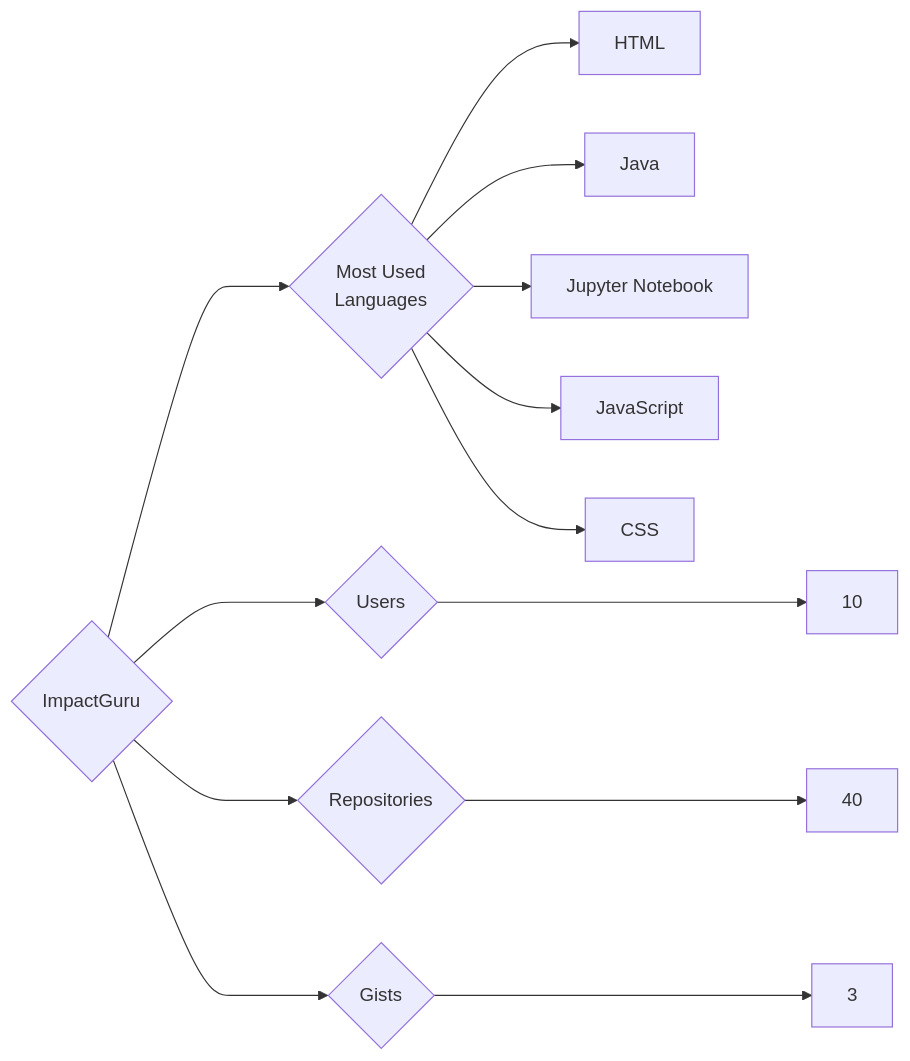
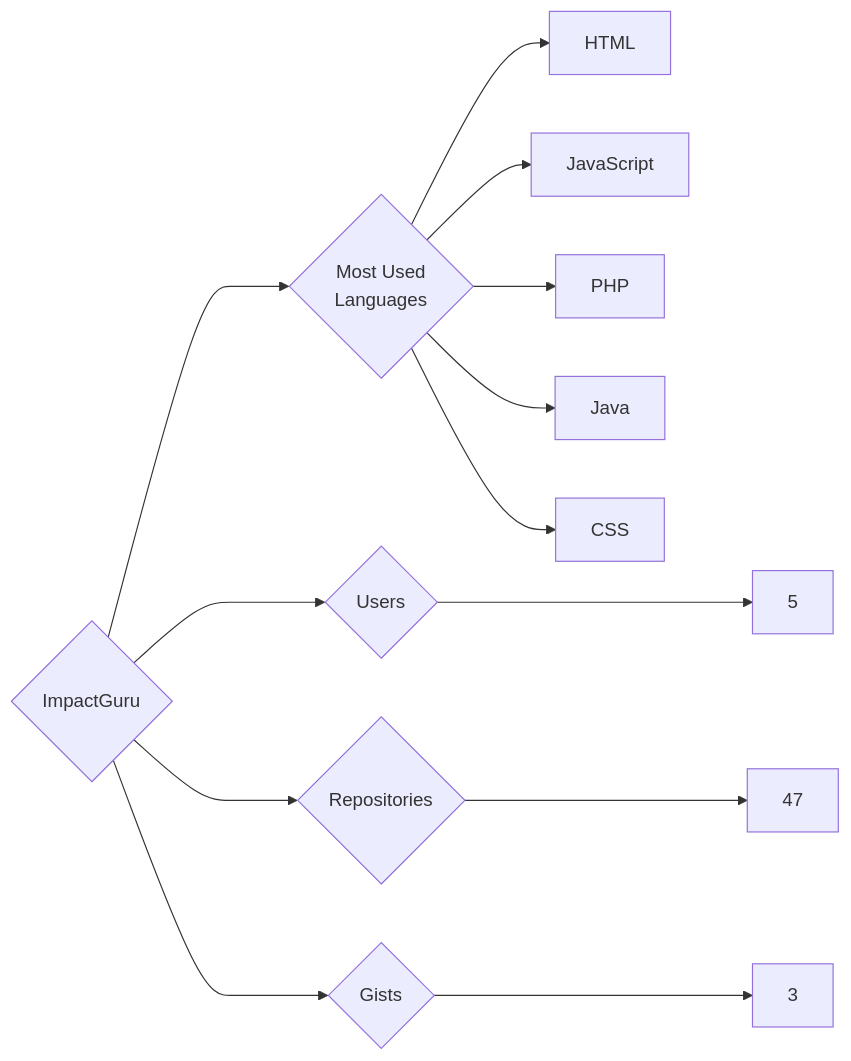
The diagram in targets/ImpactGuru/README.md (trickest/insiders), drawn with Mermaid before and after one commit. The commit also changed 676 other files, not shown here.

````diff
--- a/targets/ImpactGuru/README.md
+++ b/targets/ImpactGuru/README.md
@@ -3,13 +3,13 @@
 ```mermaid
 graph LR
 COMPANY_NAME{ImpactGuru}
-COMPANY_NAME ---> U{Users} ---> UN[10]
-COMPANY_NAME ---> R{Repositories} ---> RN[40]
+COMPANY_NAME ---> U{Users} ---> UN[5]
+COMPANY_NAME ---> R{Repositories} ---> RN[47]
 COMPANY_NAME ---> G{Gists} ---> GN[3]
 COMPANY_NAME ---> ML{Most Used<br>Languages}
 ML --> HTML[HTML]
+ML --> JavaScript[JavaScript]
+ML --> PHP[PHP]
 ML --> Java[Java]
-ML --> Jupyter_Notebook[Jupyter Notebook]
-ML --> JavaScript[JavaScript]
 ML --> CSS[CSS]
 ```
````
